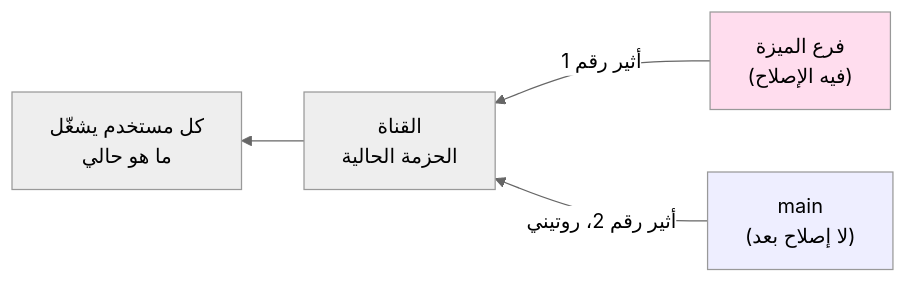
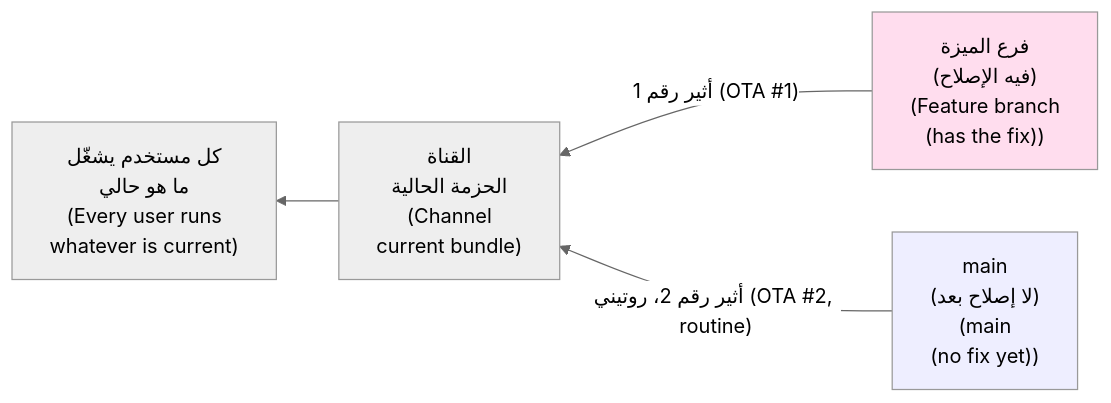
One commit to Tamoura/system-design-for-vibe-coders changed the second of 7 diagrams in modules/06-many-clients/module.ar.md. Above: the diagram before and after it, drawn with Mermaid (neutral theme). The commit also changed other lines of this file and 62 other files, not shown here.

First line of the commit message:
Arabic editions: English on every diagram label, RTL fixes, rebuild

````diff
--- a/modules/06-many-clients/module.ar.md
+++ b/modules/06-many-clients/module.ar.md
@@ -185,8 +185,8 @@
 ```mermaid
 flowchart RL
-    B["فرع الميزة<br/>(فيه الإصلاح)"] -->|أثير رقم 1| CH["القناة<br/>الحزمة الحالية"]
-    M["main<br/>(لا إصلاح بعد)"] -->|أثير رقم 2، روتيني| CH
-    CH --> U["كل مستخدم يشغّل<br/>ما هو حالي"]
+    B["فرع الميزة<br/>(فيه الإصلاح)<br/>(Feature branch<br/>(has the fix))"] -->|"أثير رقم 1 (OTA #1)"| CH["القناة<br/>الحزمة الحالية<br/>(Channel<br/>current bundle)"]
+    M["main<br/>(لا إصلاح بعد)<br/>(main<br/>(no fix yet))"] -->|"أثير رقم 2، روتيني (OTA #2, routine)"| CH
+    CH --> U["كل مستخدم يشغّل<br/>ما هو حالي<br/>(Every user runs<br/>whatever is current)"]
     style B fill:#fde
     style M fill:#eef
 ```
````
